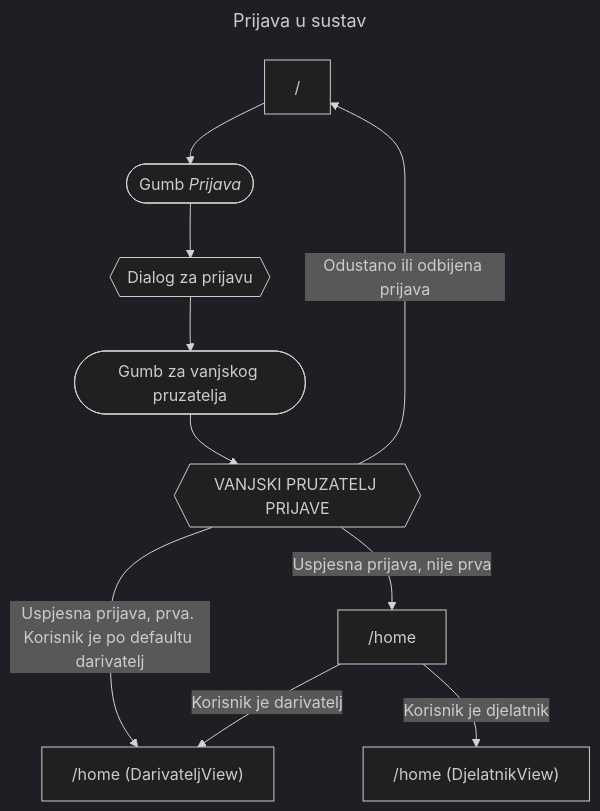
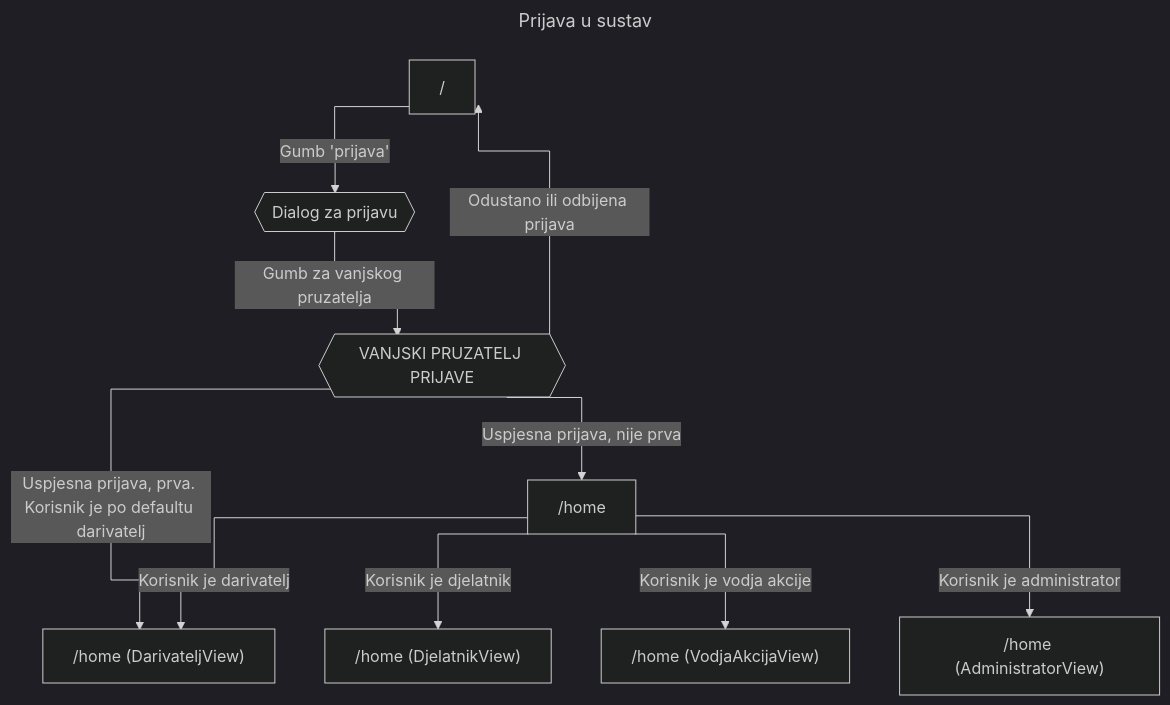
Before and after one commit to TvrdanTravarFER/Pasuljci: the second of 4 diagrams in frontend/ui-ux-biljeske.md, drawn with Mermaid (dark theme). The commit also changed other lines of this file and 11 other files, not shown here.

````diff
--- a/frontend/ui-ux-biljeske.md
+++ b/frontend/ui-ux-biljeske.md
@@ -77,23 +77,26 @@
 ```mermaid
 ---
 title: Prijava u sustav
+config:
+  flowchart:
+    curve: stepAfter
 ---
 flowchart TB
     root["/"]
-    gumb_prijava(["`Gumb _Prijava_`"])
     dialog{{Dialog za prijavu}}
-    gumb_pruzatelj([Gumb za vanjskog pruzatelja])
     pruzatelj{{VANJSKI PRUZATELJ PRIJAVE}}
     home["/home"]
     dar_home["/home (DarivateljView)"]
     djel_home["/home (DjelatnikView)"]
+    org_home["/home (VodjaAkcijaView)"]
+    admin_home["/home (AdministratorView)"]
 
-    root --> gumb_prijava
-    gumb_prijava --> dialog
-    dialog --> gumb_pruzatelj --> pruzatelj
+    root --> |Gumb 'prijava'| dialog --> |Gumb za vanjskog pruzatelja| pruzatelj
     pruzatelj --> |Uspjesna prijava, prva. Korisnik je po defaultu darivatelj| dar_home
     pruzatelj --> |Uspjesna prijava, nije prva| home
     pruzatelj --> |Odustano ili odbijena prijava| root
     home --> |Korisnik je darivatelj| dar_home
     home --> |Korisnik je djelatnik| djel_home
+    home --> |Korisnik je vodja akcije| org_home
+    home --> |Korisnik je administrator| admin_home
 ```
````
